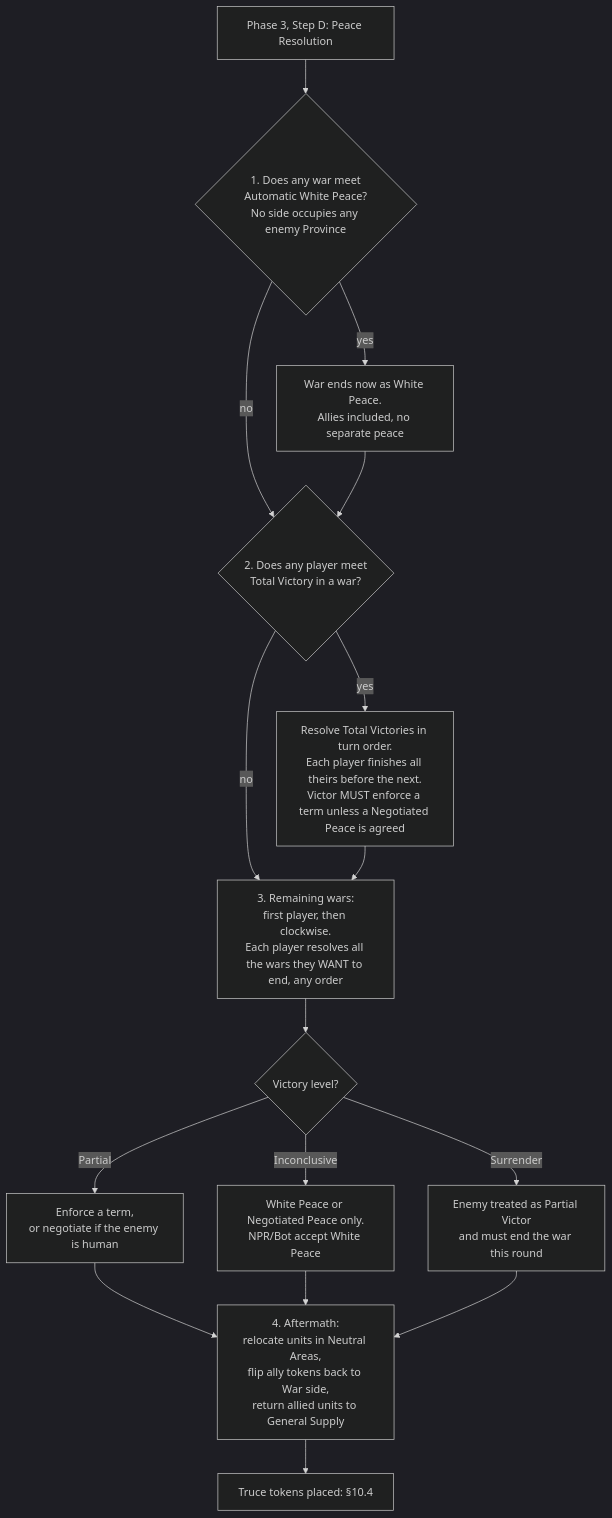
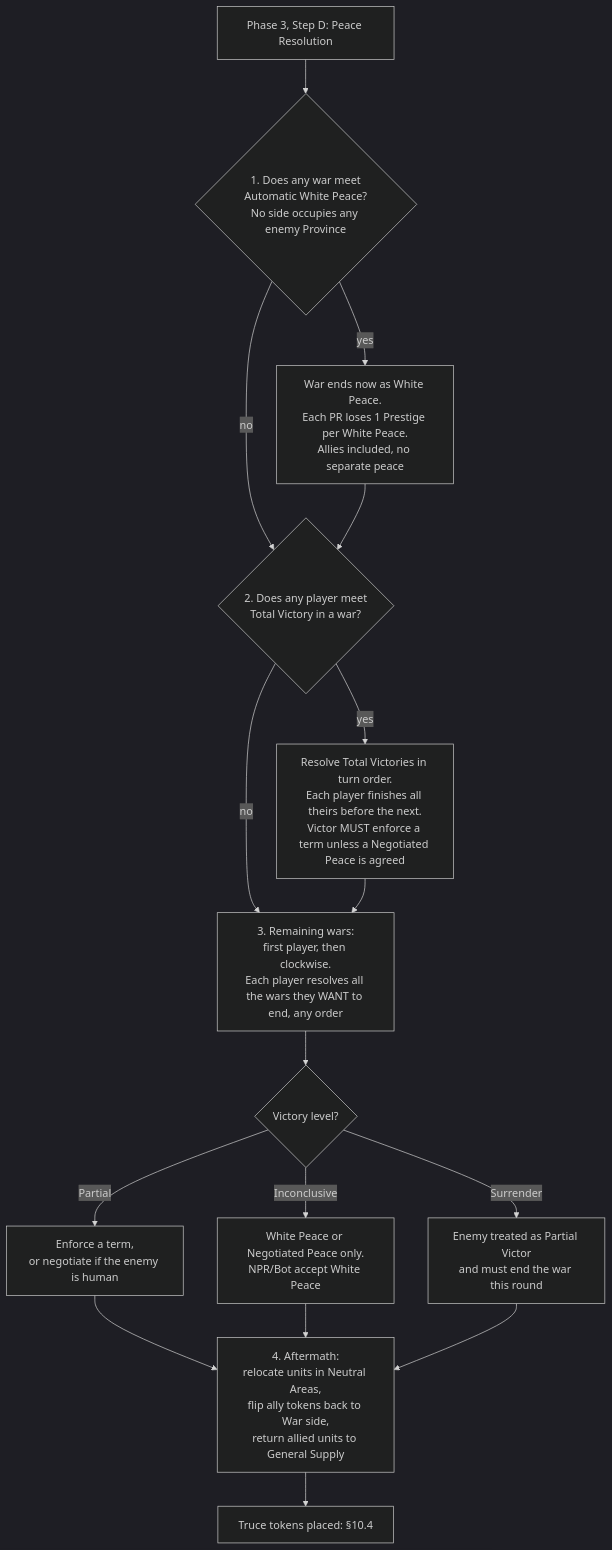
One commit to hvddrift/eupop-community-rules changed the diagram in docs/peace-resolution/00-overview.md. Above: the diagram before and after it, drawn with Mermaid (dark theme). The commit also changed other lines of this file and 9 other files, not shown here.

Commit message:
Update against official Peace Resolution flow chart

````diff
--- a/docs/peace-resolution/00-overview.md
+++ b/docs/peace-resolution/00-overview.md
@@ -11,19 +11,19 @@
 ```mermaid
 flowchart TD
     A[Phase 3, Step D: Peace Resolution] --> B{1. Does any war meet<br/>Automatic White Peace?<br/>No side occupies any enemy Province}
-    B -- yes --> B1[War ends now as White Peace.<br/>Allies included, no separate peace]
+    B -- yes --> B1[War ends now as White Peace.<br/>Each PR loses 1 Prestige per White Peace.<br/>Allies included, no separate peace]
     B -- no --> C
     B1 --> C{2. Does any player meet<br/>Total Victory in a war?}
     C -- yes --> C1[Resolve Total Victories in turn order.<br/>Each player finishes all theirs before the next.<br/>Victor MUST enforce a term unless a Negotiated Peace is agreed]
     C -- no --> D
     C1 --> D[3. Remaining wars:<br/>first player, then clockwise.<br/>Each player resolves all the wars they WANT to end, any order]
     D --> D1{Victory level?}
     D1 -- Partial --> D2[Enforce a term,<br/>or negotiate if the enemy is human]
     D1 -- Inconclusive --> D3[White Peace or Negotiated Peace only.<br/>NPR/Bot accept White Peace]
     D1 -- Surrender --> D4[Enemy treated as Partial Victor<br/>and must end the war this round]
     D2 --> E
     D3 --> E
     D4 --> E
     E[4. Aftermath:<br/>relocate units in Neutral Areas,<br/>flip ally tokens back to War side,<br/>return allied units to General Supply]
     E --> F[Truce tokens placed: §10.4]
 ```
````
